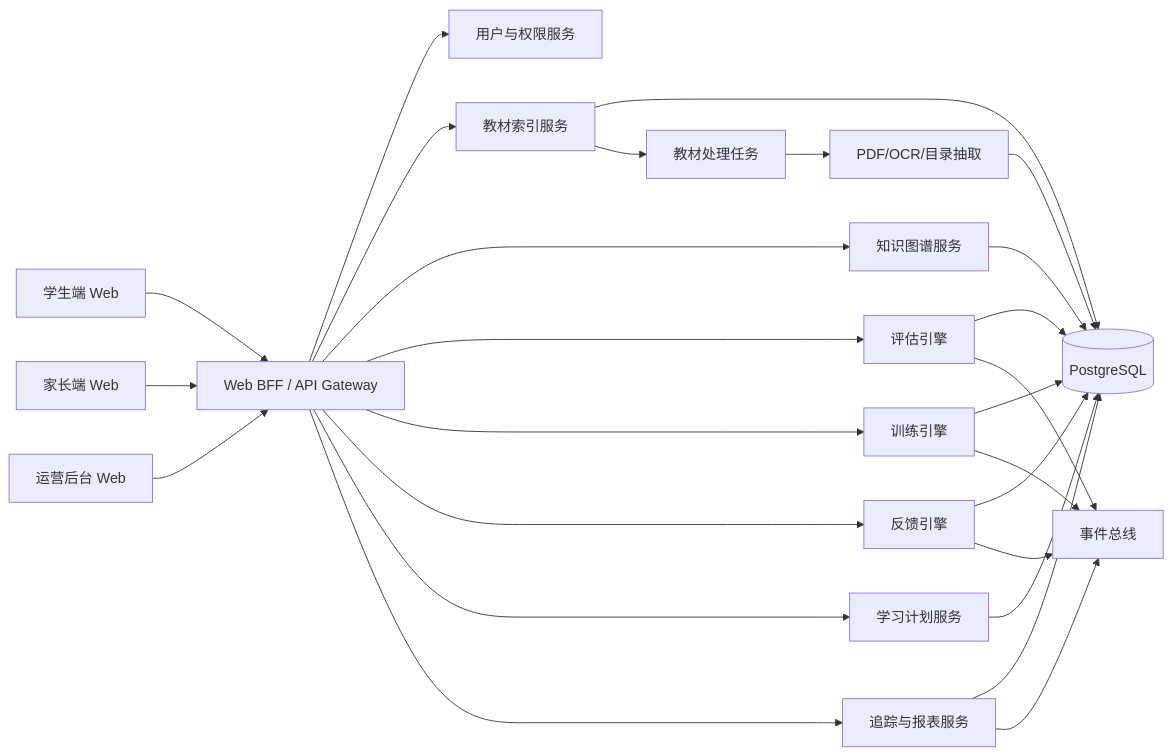
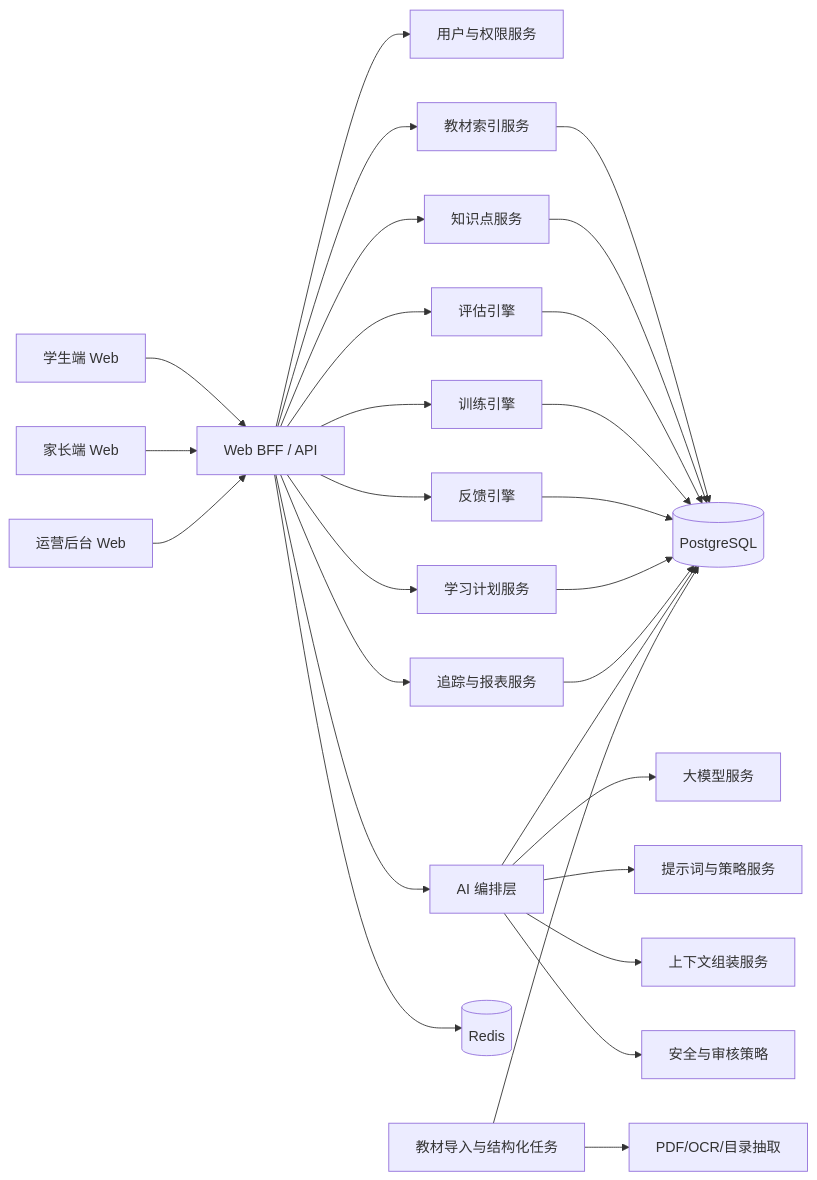
Before and after one commit to angelash/StudyAgent: the first of 3 diagrams in doc/2026-小学学习闭环系统-Web详细设计.md, drawn with Mermaid. The commit also changed other lines of this file and 1 other file, not shown here.

````diff
--- a/doc/2026-小学学习闭环系统-Web详细设计.md
+++ b/doc/2026-小学学习闭环系统-Web详细设计.md
@@ -72,32 +53,34 @@
 ```mermaid
 flowchart LR
-    A[学生端 Web] --> B[Web BFF / API Gateway]
+    A[学生端 Web] --> B[Web BFF / API]
     C[家长端 Web] --> B
     D[运营后台 Web] --> B
 
     B --> E[用户与权限服务]
     B --> F[教材索引服务]
-    B --> G[知识图谱服务]
+    B --> G[知识点服务]
     B --> H[评估引擎]
     B --> I[训练引擎]
     B --> J[反馈引擎]
     B --> K[学习计划服务]
     B --> L[追踪与报表服务]
+    B --> M[AI 编排层]
 
-    F --> M[(PostgreSQL)]
-    G --> M
-    H --> M
-    I --> M
-    J --> M
-    K --> M
-    L --> M
+    M --> N[大模型服务]
+    M --> O[提示词与策略服务]
+    M --> P[上下文组装服务]
+    M --> Q[安全与审核策略]
 
-    F --> N[教材处理任务]
-    N --> O[PDF/OCR/目录抽取]
-    O --> M
+    F --> R[(PostgreSQL)]
+    G --> R
+    H --> R
+    I --> R
+    J --> R
+    K --> R
+    L --> R
+    M --> R
 
-    H --> P[事件总线]
-    I --> P
-    J --> P
-    L --> P
+    B --> S[(Redis)]
+    T[教材导入与结构化任务] --> R
+    T --> U[PDF/OCR/目录抽取]
 ```
````
